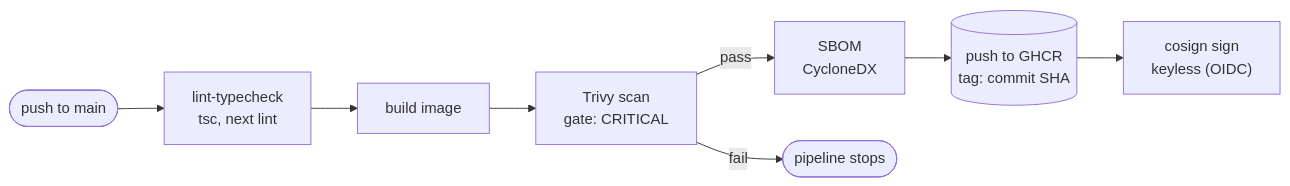
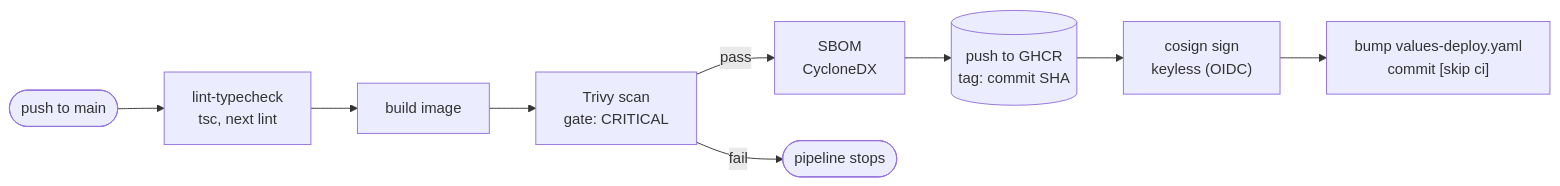
Before and after one commit to qrizan/project-management: the fourth of 4 diagrams in ARCHITECTURE.md, drawn with Mermaid. The commit also changed other lines of this file and 10 other files, not shown here.

````diff
--- a/ARCHITECTURE.md
+++ b/ARCHITECTURE.md
@@ -105,10 +105,11 @@
 ```mermaid
 flowchart LR
     push(["push to main"]) --> lint["lint-typecheck\ntsc, next lint"]
     lint --> build["build image"]
     build --> scan["Trivy scan\ngate: CRITICAL"]
     scan -->|pass| sbom["SBOM\nCycloneDX"]
     sbom --> ghcr[("push to GHCR\ntag: commit SHA")]
     ghcr --> sign["cosign sign\nkeyless (OIDC)"]
+    sign --> bump["bump values-deploy.yaml\ncommit [skip ci]"]
     scan -->|fail| stop(["pipeline stops"])
 ```
````
